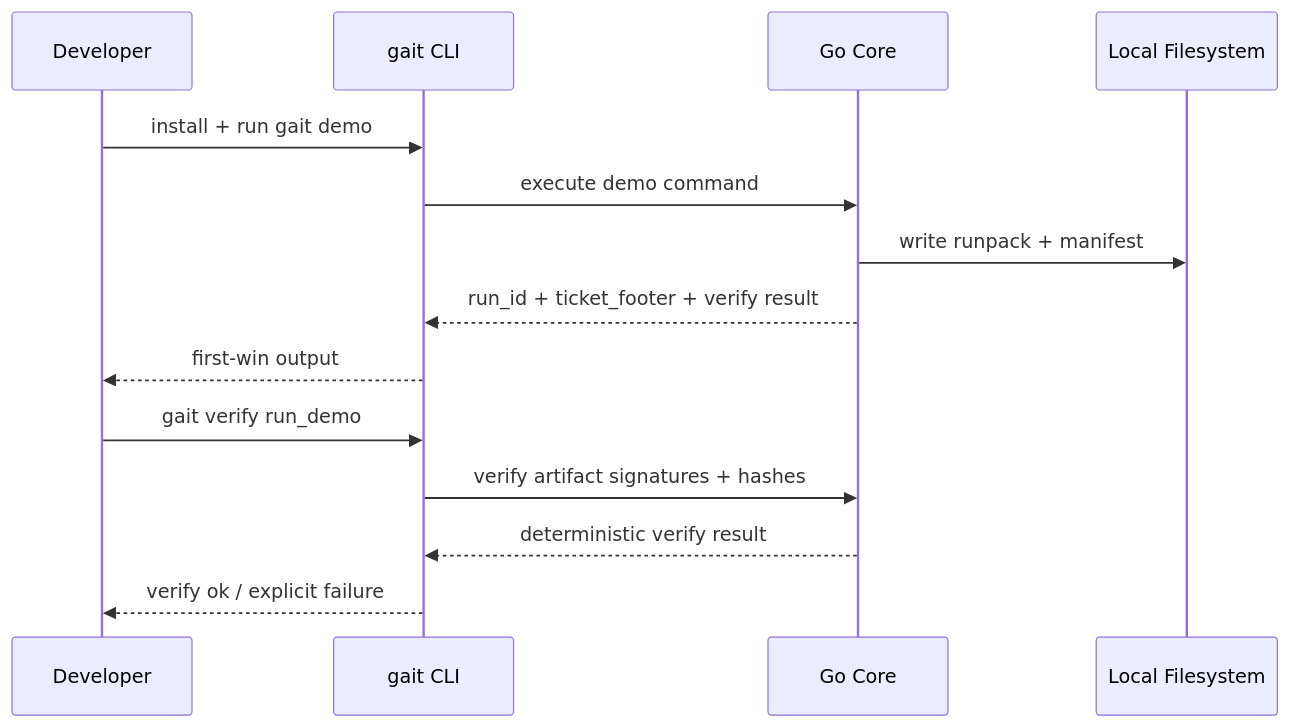
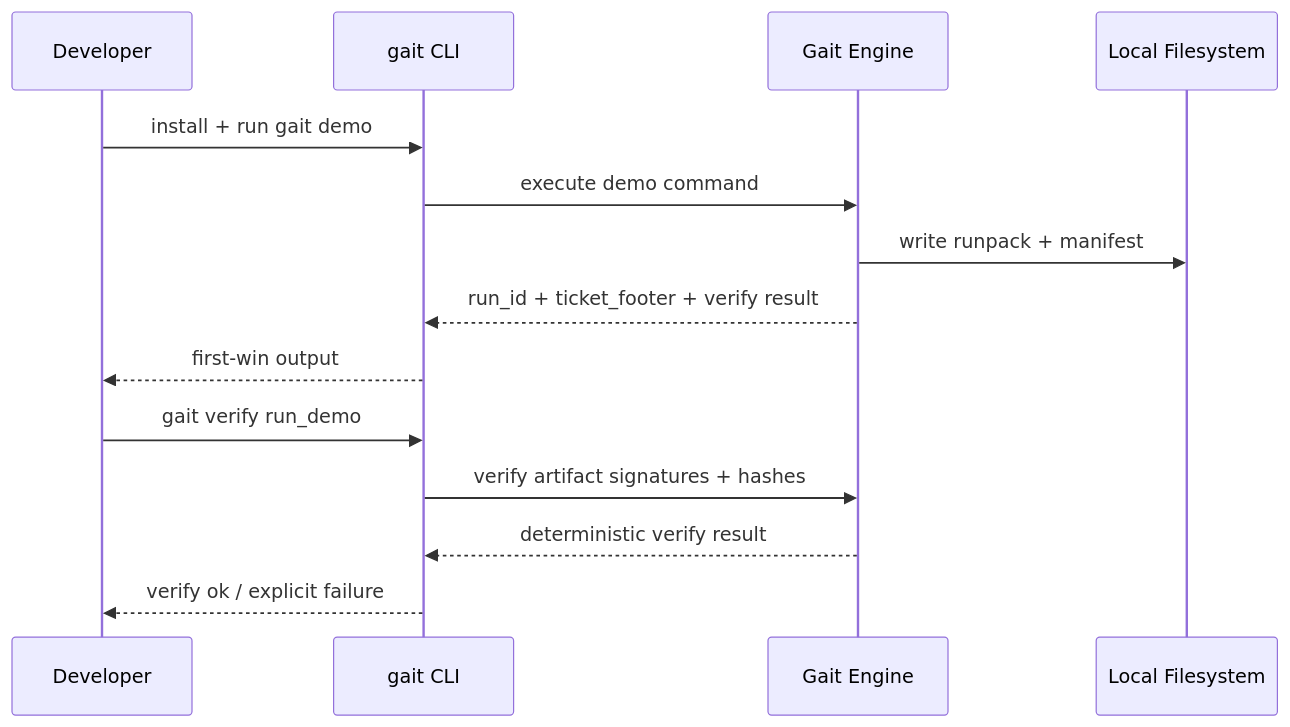
The first of 9 diagrams in docs/flows.md (davidahmann/gait), drawn with Mermaid before and after one commit. The commit also changed other lines of this file and 35 other files, not shown here.

````diff
--- a/docs/flows.md
+++ b/docs/flows.md
@@ -28,17 +42,17 @@
 ```mermaid
 sequenceDiagram
     participant Dev as Developer
     participant CLI as gait CLI
-    participant Core as Go Core
+    participant Gait as Gait Engine
     participant FS as Local Filesystem
 
     Dev->>CLI: install + run gait demo
-    CLI->>Core: execute demo command
-    Core->>FS: write runpack + manifest
-    Core-->>CLI: run_id + ticket_footer + verify result
+    CLI->>Gait: execute demo command
+    Gait->>FS: write runpack + manifest
+    Gait-->>CLI: run_id + ticket_footer + verify result
     CLI-->>Dev: first-win output
     Dev->>CLI: gait verify run_demo
-    CLI->>Core: verify artifact signatures + hashes
-    Core-->>CLI: deterministic verify result
+    CLI->>Gait: verify artifact signatures + hashes
+    Gait-->>CLI: deterministic verify result
     CLI-->>Dev: verify ok / explicit failure
 ```
````
